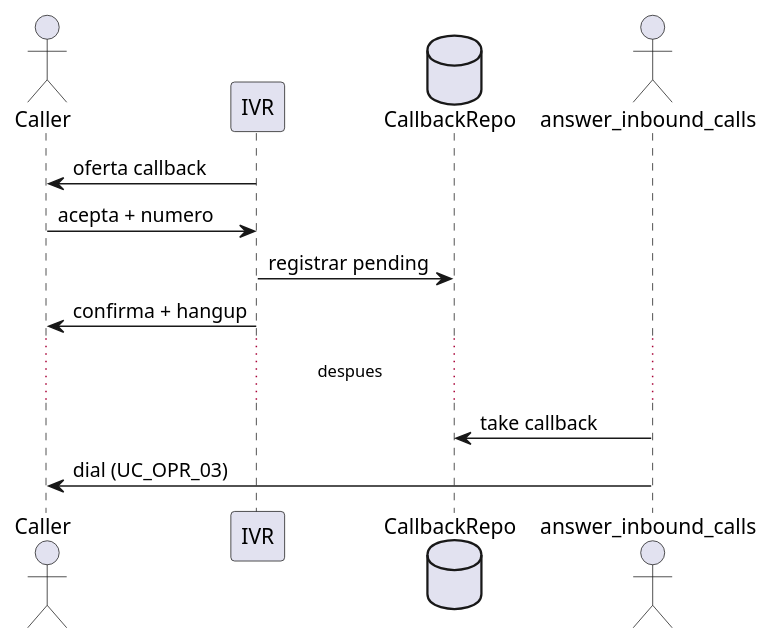
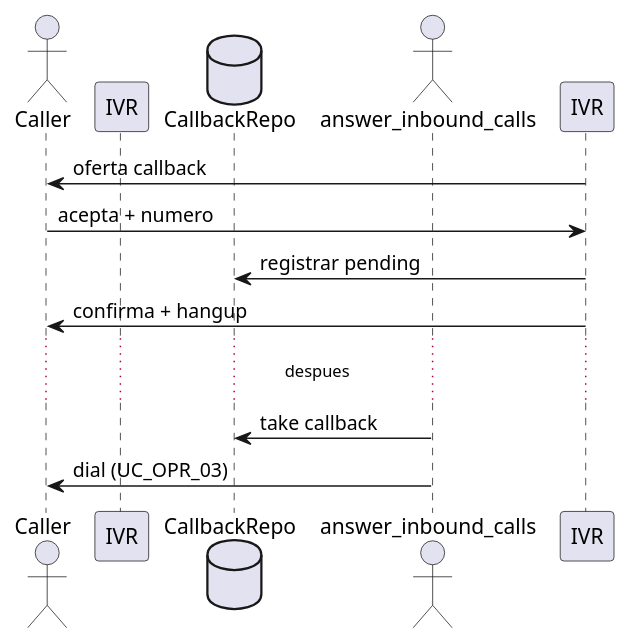
Before and after one commit to jcg-admin/IACT-docs: the diagram in source/requisitos/casos-uso/caller/uc-cli-04/diagramas-uml/secuencia.rst, drawn with PlantUML. The commit also changed 47 other files, not shown here.

First line of the commit message:
Fix cryptic PlantUML aliases in UC and architecture files (STD_011)

```diff
--- a/source/requisitos/casos-uso/caller/uc-cli-04/diagramas-uml/secuencia.rst
+++ b/source/requisitos/casos-uso/caller/uc-cli-04/diagramas-uml/secuencia.rst
@@ -4,16 +4,16 @@
 .. uml::
 
  @startuml
  actor "Caller" as Caller
- participant "IVR" as IVR
+ participant "IVR" as SistemaIVR
  database "CallbackRepo" as Callbackrepo
  actor "answer_inbound_calls" as answer_inbound_calls
  IVR -> Caller: oferta callback
  Caller -> IVR: acepta + numero
  IVR -> Callbackrepo: registrar pending
  IVR -> Caller: confirma + hangup
 
  ... despues ...
  answer_inbound_calls -> Callbackrepo: take callback
  answer_inbound_calls -> Caller: dial (UC_OPR_03)
  @enduml
```
